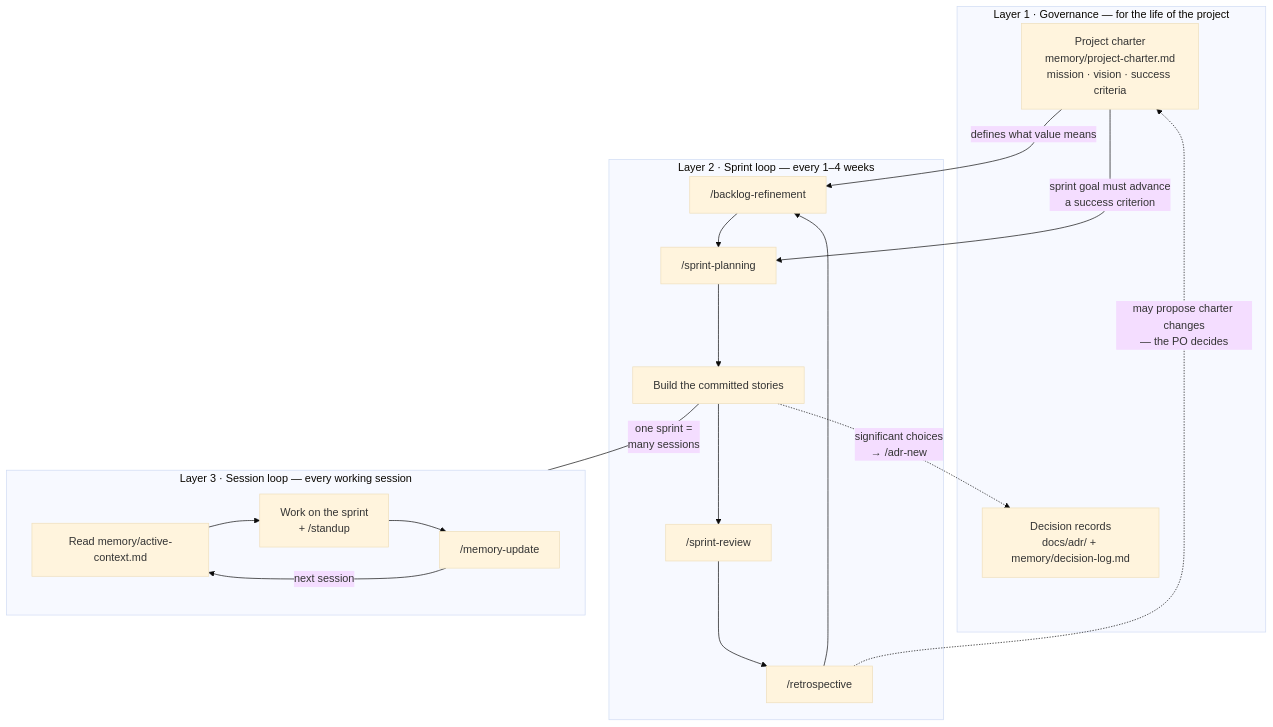
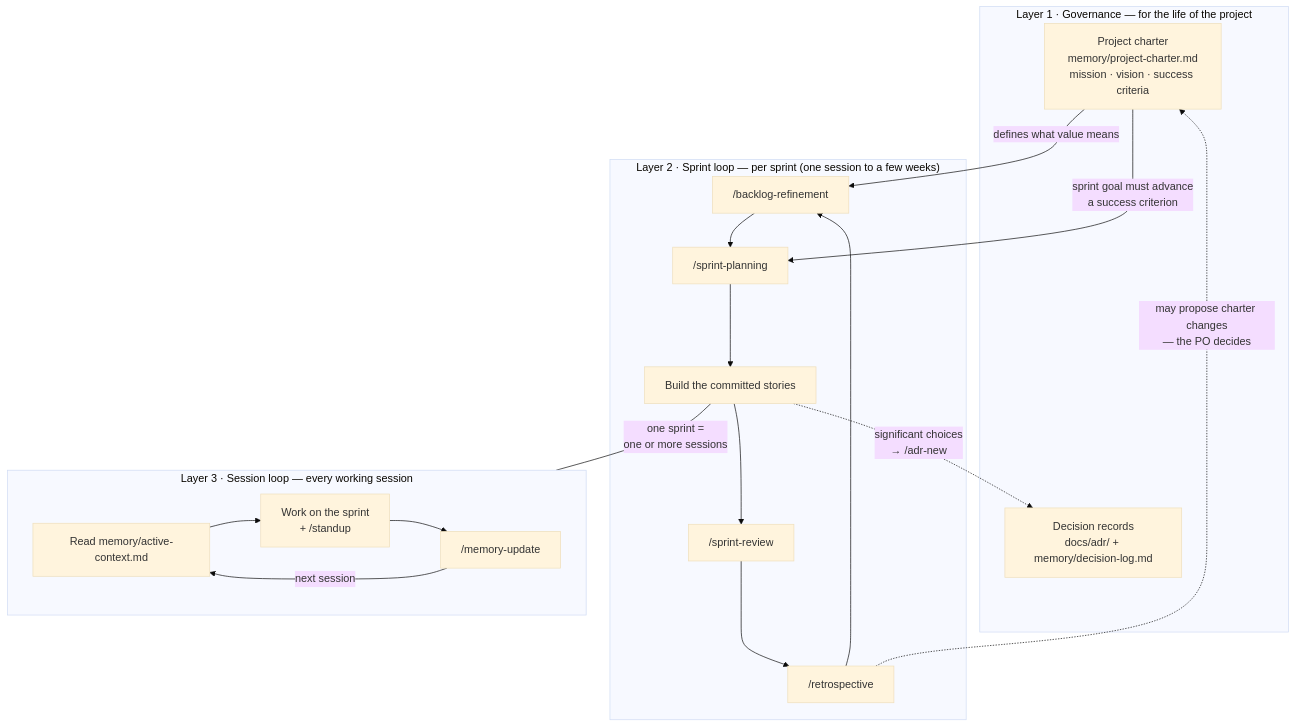
The first of 2 diagrams in docs/HOW-IT-WORKS.md (vincentheimann/create-agentic-workspace), drawn with Mermaid (base theme) before and after one commit. The commit also changed other lines of this file and 12 other files, not shown here.

````diff
--- a/docs/HOW-IT-WORKS.md
+++ b/docs/HOW-IT-WORKS.md
@@ -11,27 +11,27 @@
 ```mermaid
 flowchart TB
     subgraph governance ["Layer 1 · Governance — for the life of the project"]
         CH["Project charter<br/>memory/project-charter.md<br/>mission · vision · success criteria"]
         AD["Decision records<br/>docs/adr/ + memory/decision-log.md"]
     end
 
-    subgraph sprint ["Layer 2 · Sprint loop — every 1–4 weeks"]
+    subgraph sprint ["Layer 2 · Sprint loop — per sprint (one session to a few weeks)"]
         R["/backlog-refinement"] --> P["/sprint-planning"]
         P --> B["Build the committed stories"]
         B --> V["/sprint-review"]
         V --> T["/retrospective"]
         T --> R
     end
 
     subgraph session ["Layer 3 · Session loop — every working session"]
         S1["Read memory/active-context.md"] --> S2["Work on the sprint<br/>+ /standup"]
         S2 --> S3["/memory-update"]
         S3 -->|"next session"| S1
     end
 
     CH -->|"defines what value means"| R
     CH -->|"sprint goal must advance<br/>a success criterion"| P
-    B ---|"one sprint =<br/>many sessions"| session
+    B ---|"one sprint =<br/>one or more sessions"| session
     B -.->|"significant choices<br/>→ /adr-new"| AD
     T -.->|"may propose charter changes<br/>— the PO decides"| CH
 ```
````
